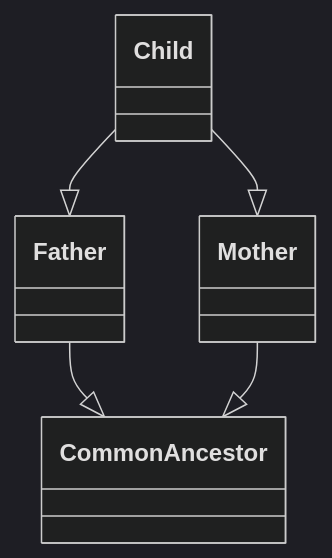
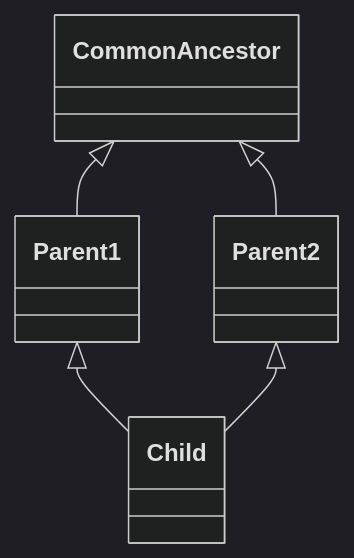
Before and after one commit to alan-b-lima/eng-soft-seminario: the diagram in README.md, drawn with Mermaid (dark theme). The commit also changed other lines of this file and 1 other file, not shown here.

Commit message:
add LICENSE

````diff
--- a/README.md
+++ b/README.md
@@ -37,23 +37,23 @@
 ```mermaid
 classDiagram
     
     class CommonAncestor {
         
     }
 
-    Father --|> CommonAncestor
-    class Father {
+    CommonAncestor <|-- Parent1
+    class Parent1 {
 
     }
 
-    Mother --|> CommonAncestor
-    class Mother {
+    CommonAncestor <|-- Parent2
+    class Parent2 {
 
     }
 
-    Child --|> Father
-    Child --|> Mother
+    Parent1 <|-- Child
+    Parent2 <|-- Child
     class Child {
 
     }
 ```
````
